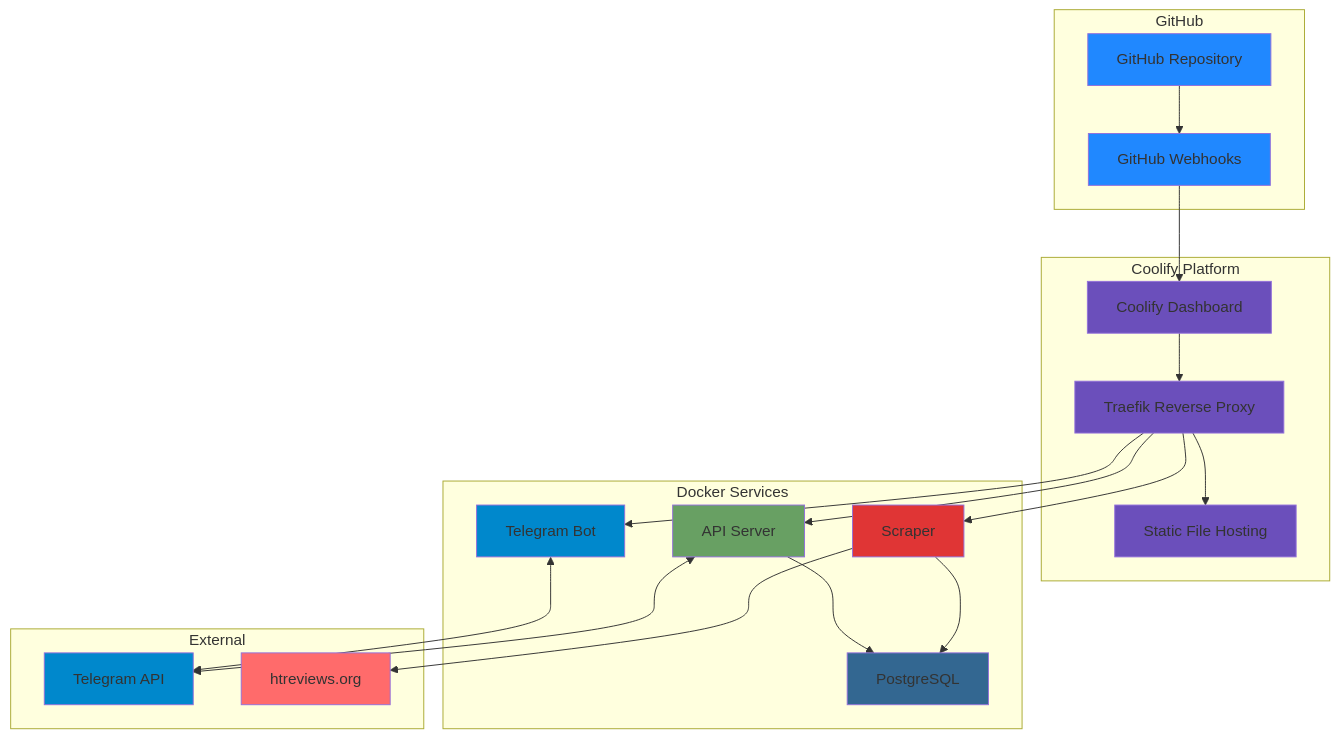
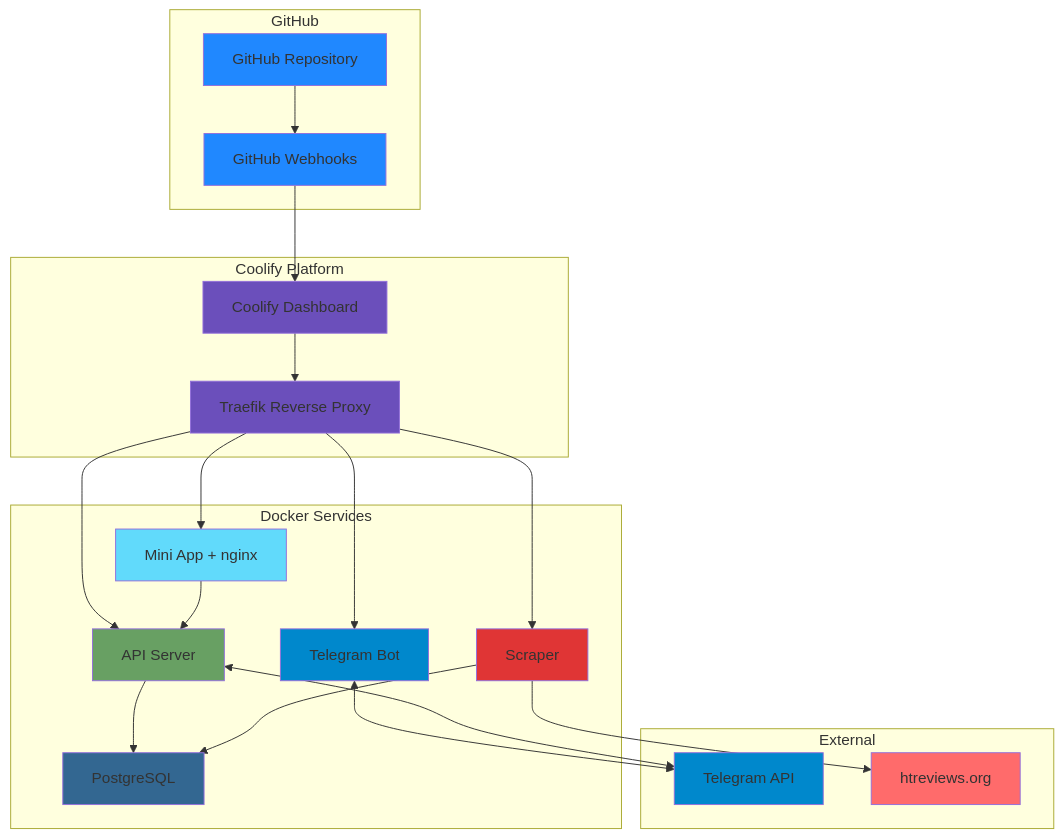
One commit to Zenderg/hookah-wishlist changed the seventh of 10 diagrams in plans/02-system-architecture.md. Above: the diagram before and after it, drawn with Mermaid. The commit also changed other lines of this file and 17 other files, not shown here.

````diff
--- a/plans/02-system-architecture.md
+++ b/plans/02-system-architecture.md
@@ -399,50 +415,51 @@
 ```mermaid
 graph TB
     subgraph "GitHub"
         GH[GitHub Repository]
         WH[GitHub Webhooks]
     end
     
     subgraph "Coolify Platform"
         CF[Coolify Dashboard]
         TR[Traefik Reverse Proxy]
-        ST[Static File Hosting]
     end
     
     subgraph "Docker Services"
         API_PROD[API Server]
         BOT_PROD[Telegram Bot]
         SCRAPER_PROD[Scraper]
         PG_PROD[PostgreSQL]
+        MINI_PROD[Mini App + nginx]
     end
     
     subgraph "External"
         TG[Telegram API]
         HTREVIEWS[htreviews.org]
     end
     
     GH --> WH
     WH --> CF
     CF --> TR
-    TR --> ST
     TR --> API_PROD
     TR --> BOT_PROD
     TR --> SCRAPER_PROD
+    TR --> MINI_PROD
     API_PROD --> PG_PROD
     SCRAPER_PROD --> PG_PROD
     BOT_PROD <--> TG
     API_PROD <--> TG
+    MINI_PROD --> API_PROD
     SCRAPER_PROD --> HTREVIEWS
     
     style GH fill:#2088ff
     style WH fill:#2088ff
     style CF fill:#6b4fbb
     style TR fill:#6b4fbb
-    style ST fill:#6b4fbb
     style API_PROD fill:#68a063
     style BOT_PROD fill:#0088cc
     style SCRAPER_PROD fill:#e03535
     style PG_PROD fill:#336791
+    style MINI_PROD fill:#61dafb
     style TG fill:#0088cc
     style HTREVIEWS fill:#ff6b6b
 ```
````
